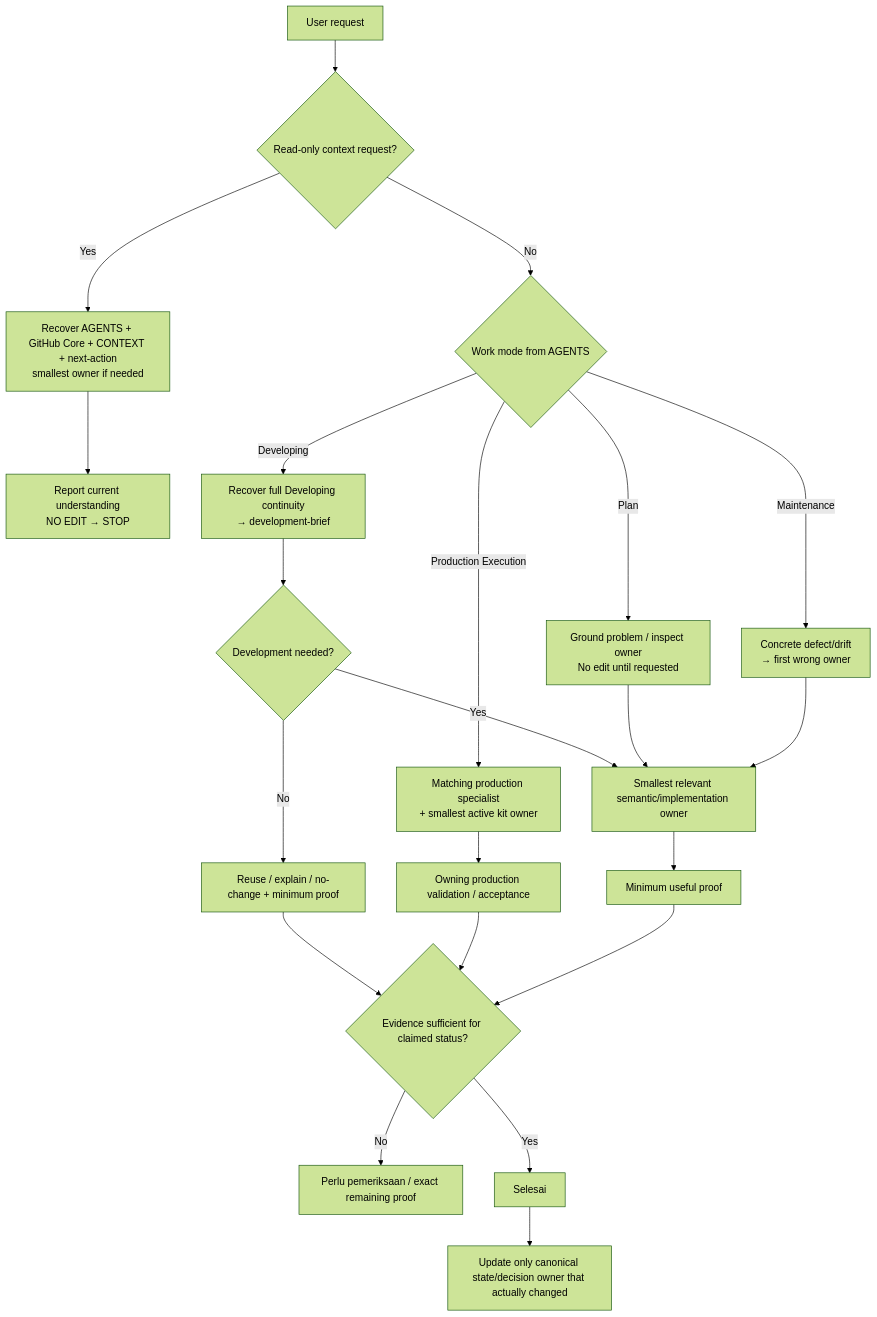
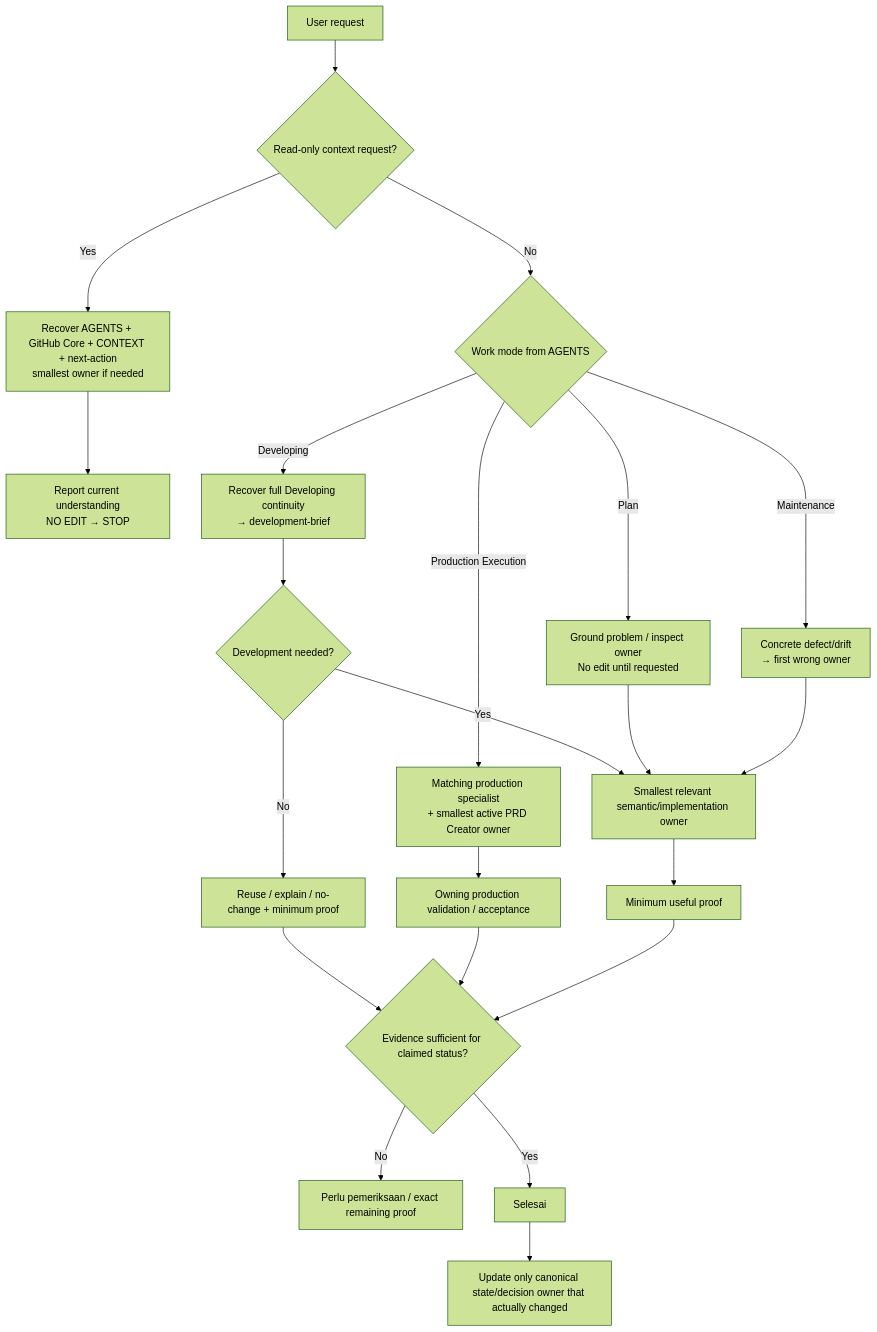
The diagram in docs/knowledge/work-routing.md (halokaryamedia-source/PRD-Creator), drawn with Mermaid (forest theme) before and after one commit. The commit also changed other lines of this file and 72 other files, not shown here.

Commit message:
refactor(kits): unify PRD Creator ownership

````diff
--- a/docs/knowledge/work-routing.md
+++ b/docs/knowledge/work-routing.md
@@ -9,27 +9,27 @@
 ```mermaid
 flowchart TD
     A[User request] --> B{Read-only context request?}
     B -->|Yes| O[Recover AGENTS + GitHub Core + CONTEXT + next-action<br/>smallest owner if needed]
     O --> OR[Report current understanding<br/>NO EDIT → STOP]
     B -->|No| C{Work mode from AGENTS}
 
     C -->|Plan| P[Ground problem / inspect owner<br/>No edit until requested]
-    C -->|Production Execution| PE[Matching production specialist<br/>+ smallest active kit owner]
+    C -->|Production Execution| PE[Matching production specialist<br/>+ smallest active PRD Creator owner]
     C -->|Developing| D[Recover full Developing continuity<br/>→ development-brief]
     C -->|Maintenance| M[Concrete defect/drift<br/>→ first wrong owner]
 
     D --> N{Development needed?}
     N -->|No| NC[Reuse / explain / no-change + minimum proof]
     N -->|Yes| I[Smallest relevant semantic/implementation owner]
     P --> I
     M --> I
 
     PE --> V[Owning production validation / acceptance]
     I --> V2[Minimum useful proof]
     NC --> F
     V --> F{Evidence sufficient for claimed status?}
     V2 --> F
     F -->|No| R[Perlu pemeriksaan / exact remaining proof]
     F -->|Yes| S[Selesai]
     S --> U[Update only canonical state/decision owner that actually changed]
 ```
````
